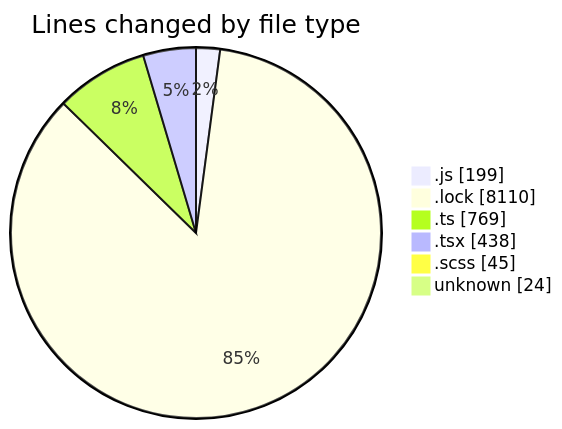
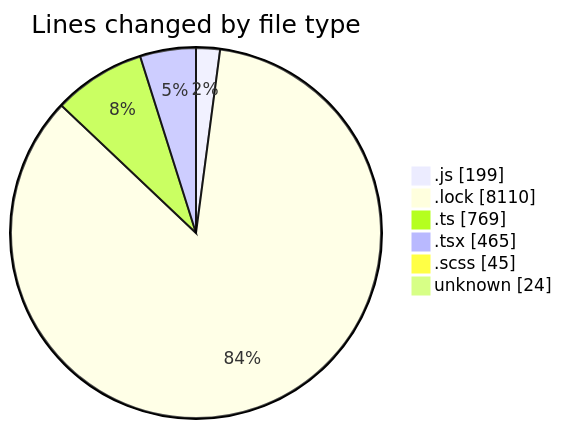
The first of 2 diagrams in 2025-02-07/cda/README.md (momahboobian/code-tracking), drawn with Mermaid before and after one commit. The commit also changed other lines of this file and 1 other file, not shown here.

````diff
--- a/2025-02-07/cda/README.md
+++ b/2025-02-07/cda/README.md
@@ -48,10 +48,10 @@
 ```mermaid
 pie showData
 title Lines changed by file type
 ".js" : 199
 ".lock" : 8110
 ".ts" : 769
-".tsx" : 438
+".tsx" : 465
 ".scss" : 45
 "unknown" : 24
 ```
````
